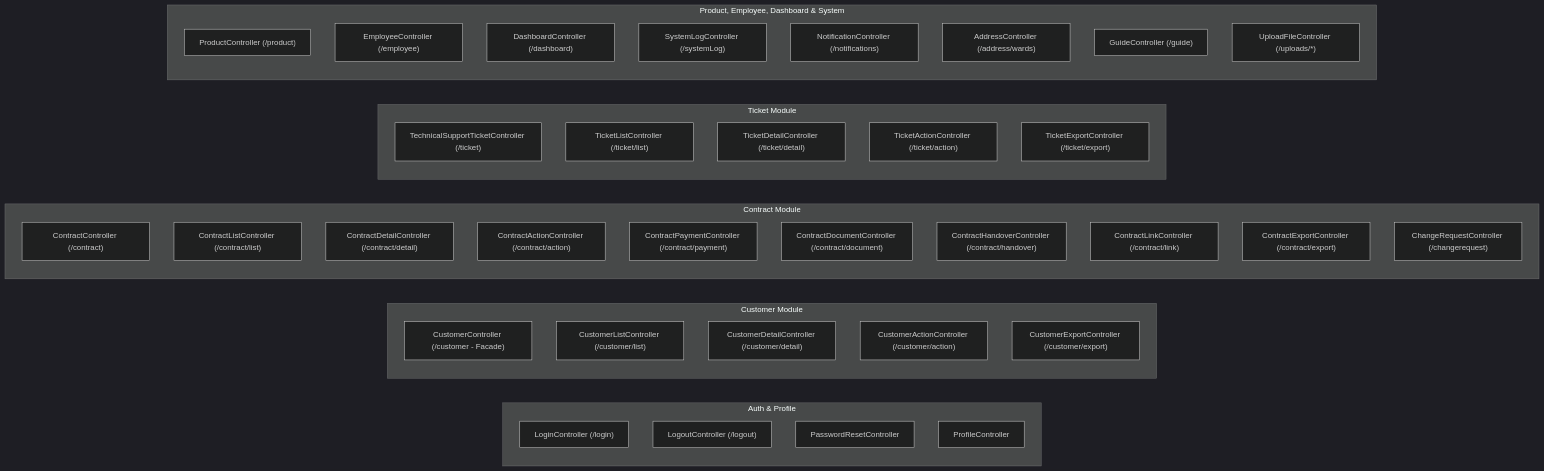
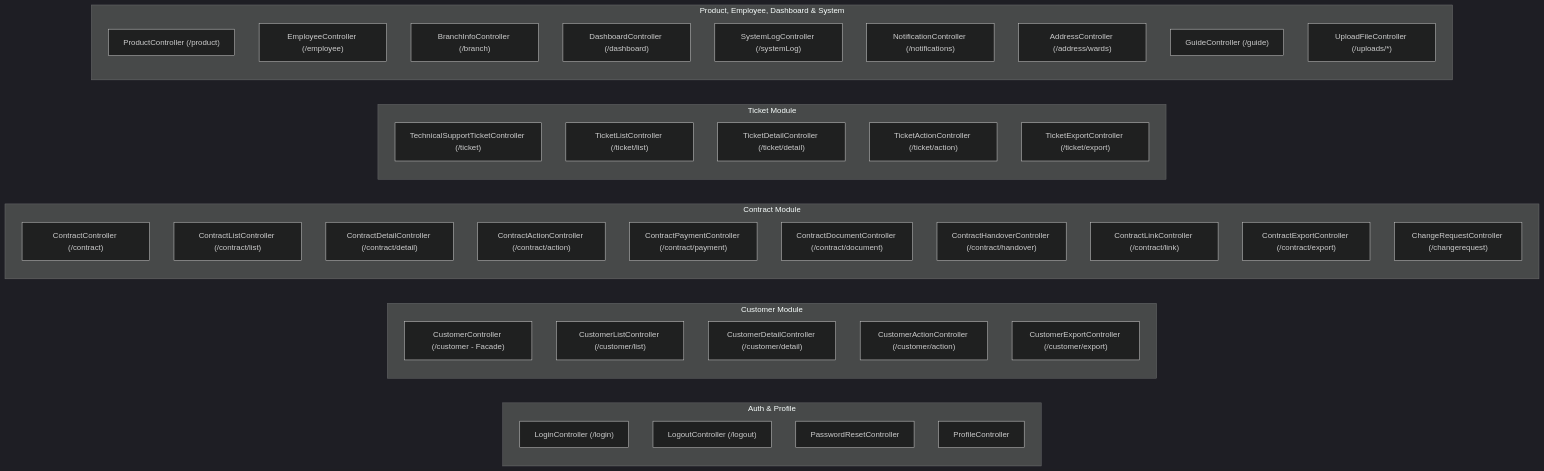
The third of 4 diagrams in docs/ARCHITECTURE.md (Bunky2k3/POSCS), drawn with Mermaid (dark theme) before and after one commit. The commit also changed other lines of this file and 11 other files, not shown here.

````diff
--- a/docs/ARCHITECTURE.md
+++ b/docs/ARCHITECTURE.md
@@ -78,49 +78,50 @@
 ```mermaid
 flowchart LR
     subgraph Auth ["Auth & Profile"]
         LoginController["LoginController (/login)"]
         LogoutController["LogoutController (/logout)"]
         PasswordResetController["PasswordResetController"]
         ProfileController["ProfileController"]
     end
 
     subgraph Customer ["Customer Module"]
         CustomerController["CustomerController (/customer - Facade)"]
         CustomerListController["CustomerListController (/customer/list)"]
         CustomerDetailController["CustomerDetailController (/customer/detail)"]
         CustomerActionController["CustomerActionController (/customer/action)"]
         CustomerExportController["CustomerExportController (/customer/export)"]
     end
 
     subgraph Contract ["Contract Module"]
         ContractController["ContractController (/contract)"]
         ContractListController["ContractListController (/contract/list)"]
         ContractDetailController["ContractDetailController (/contract/detail)"]
         ContractActionController["ContractActionController (/contract/action)"]
         ContractPaymentController["ContractPaymentController (/contract/payment)"]
         ContractDocumentController["ContractDocumentController (/contract/document)"]
         ContractHandoverController["ContractHandoverController (/contract/handover)"]
         ContractLinkController["ContractLinkController (/contract/link)"]
         ContractExportController["ContractExportController (/contract/export)"]
         ChangeRequestController["ChangeRequestController (/changerequest)"]
     end
 
     subgraph Ticket ["Ticket Module"]
         TicketFacade["TechnicalSupportTicketController (/ticket)"]
         TicketListController["TicketListController (/ticket/list)"]
         TicketDetailController["TicketDetailController (/ticket/detail)"]
         TicketActionController["TicketActionController (/ticket/action)"]
         TicketExportController["TicketExportController (/ticket/export)"]
     end
 
     subgraph Core ["Product, Employee, Dashboard & System"]
         ProductController["ProductController (/product)"]
         EmployeeController["EmployeeController (/employee)"]
+        BranchInfoController["BranchInfoController (/branch)"]
         DashboardController["DashboardController (/dashboard)"]
         SystemLogController["SystemLogController (/systemLog)"]
         NotificationController["NotificationController (/notifications)"]
         AddressController["AddressController (/address/wards)"]
         GuideController["GuideController (/guide)"]
         UploadFileController["UploadFileController (/uploads/*)"]
     end
 ```
````
